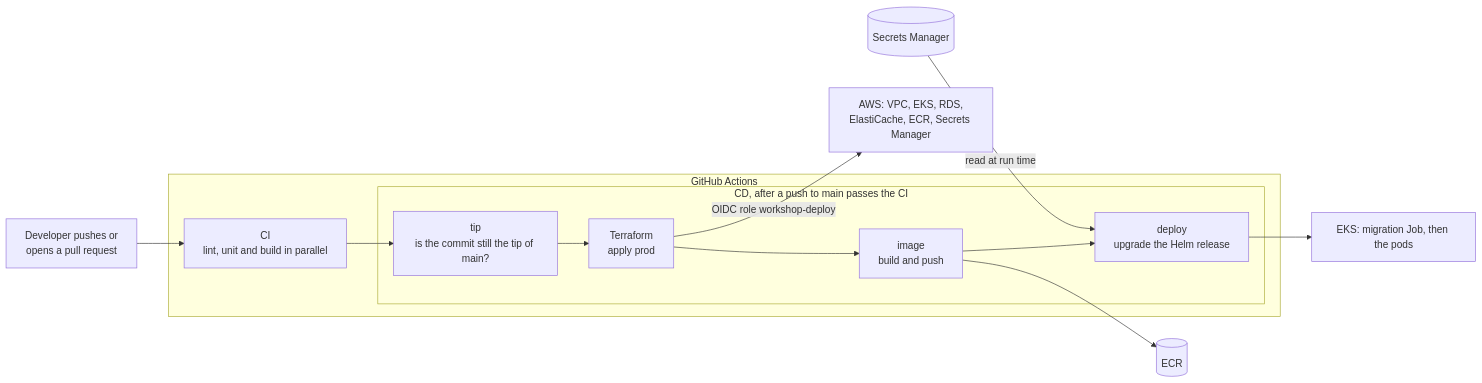
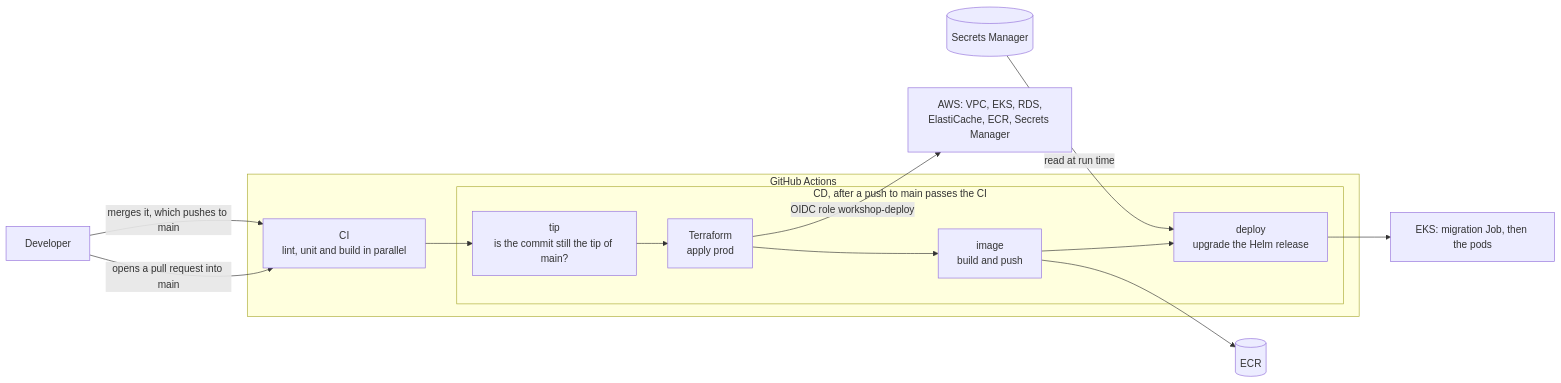
Before and after one commit to kewincosta/tech-challenge-fiap: the fifth of 5 diagrams in README.md, drawn with Mermaid. The commit also changed other lines of this file and 1 other file, not shown here.

Commit message:
docs(readme): say the CI runs on pull requests into main

````diff
--- a/README.md
+++ b/README.md
@@ -370,15 +370,16 @@
 ```mermaid
 flowchart LR
-    dev["Developer pushes or<br/>opens a pull request"] --> ci
+    dev["Developer"] -->|"opens a pull request into main"| ci
+    dev -->|"merges it, which pushes to main"| ci
     subgraph gha["GitHub Actions"]
         ci["CI<br/>lint, unit and build in parallel"]
         subgraph cd["CD, after a push to main passes the CI"]
             tip["tip<br/>is the commit still the tip of main?"] --> terraform["Terraform<br/>apply prod"] --> image["image<br/>build and push"] --> deploy["deploy<br/>upgrade the Helm release"]
         end
         ci --> tip
     end
     terraform -->|"OIDC role workshop-deploy"| infra["AWS: VPC, EKS, RDS,<br/>ElastiCache, ECR, Secrets Manager"]
     image --> registry[("ECR")]
     secrets[("Secrets Manager")] -->|"read at run time"| deploy
     deploy --> cluster["EKS: migration Job, then the pods"]
 ```
````
